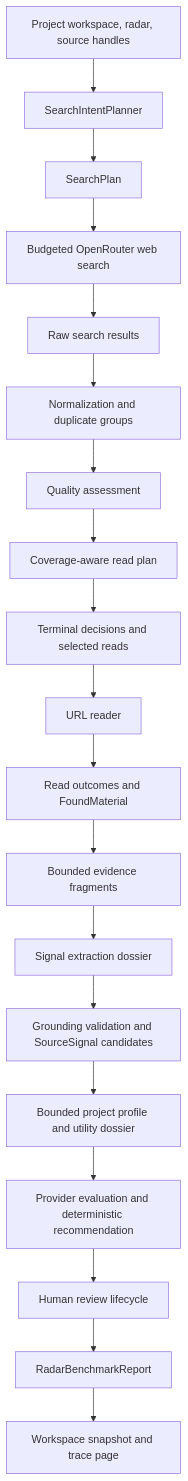
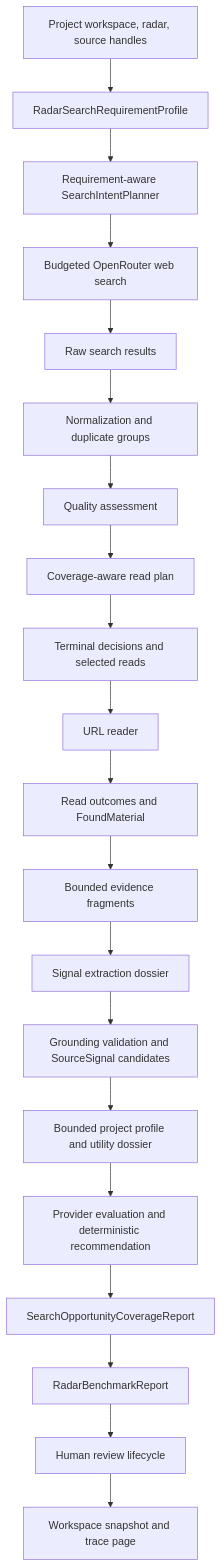
Before and after one commit to mudrezzz/glavred: the diagram in docs/architecture/RADAR_RUN_PIPELINE_AS_IS.md, drawn with Mermaid. The commit also changed other lines of this file and 65 other files, not shown here.

Commit message:
Align radar search with editorial filters

````diff
--- a/docs/architecture/RADAR_RUN_PIPELINE_AS_IS.md
+++ b/docs/architecture/RADAR_RUN_PIPELINE_AS_IS.md
@@ -89,21 +91,22 @@
 ```mermaid
 flowchart TD
-    A[Project workspace, radar, source handles] --> B[SearchIntentPlanner]
-    B --> C[SearchPlan]
+    A[Project workspace, radar, source handles] --> B[RadarSearchRequirementProfile]
+    B --> C[Requirement-aware SearchIntentPlanner]
     C --> D[Budgeted OpenRouter web search]
     D --> E[Raw search results]
     E --> F[Normalization and duplicate groups]
     F --> G[Quality assessment]
     G --> H[Coverage-aware read plan]
     H --> I[Terminal decisions and selected reads]
     I --> J[URL reader]
     J --> K[Read outcomes and FoundMaterial]
     K --> L[Bounded evidence fragments]
     L --> M[Signal extraction dossier]
     M --> N[Grounding validation and SourceSignal candidates]
     N --> O[Bounded project profile and utility dossier]
     O --> P[Provider evaluation and deterministic recommendation]
-    P --> Q[Human review lifecycle]
+    P --> Q[SearchOpportunityCoverageReport]
     Q --> R[RadarBenchmarkReport]
-    R --> S[Workspace snapshot and trace page]
+    R --> S[Human review lifecycle]
+    S --> T[Workspace snapshot and trace page]
 ```
````
